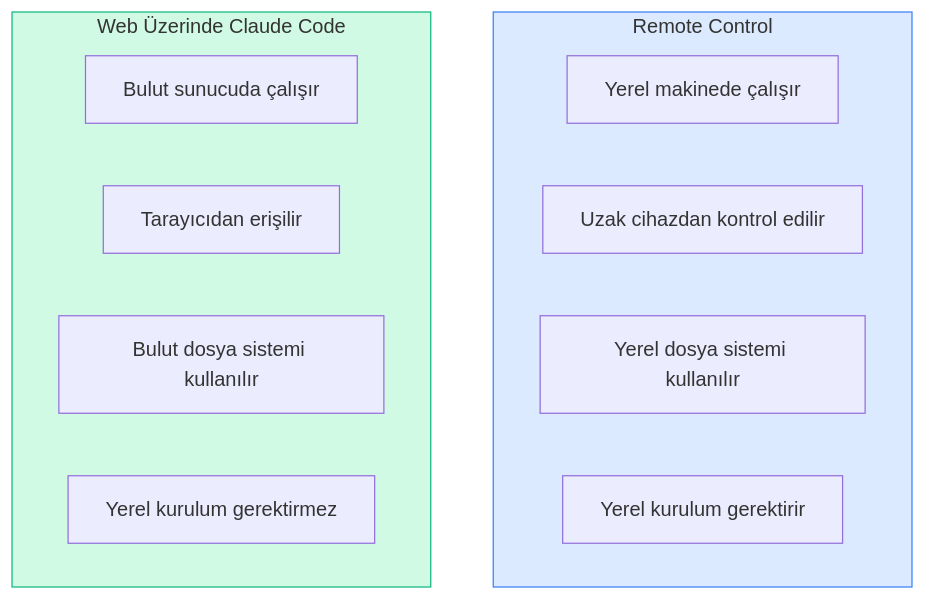
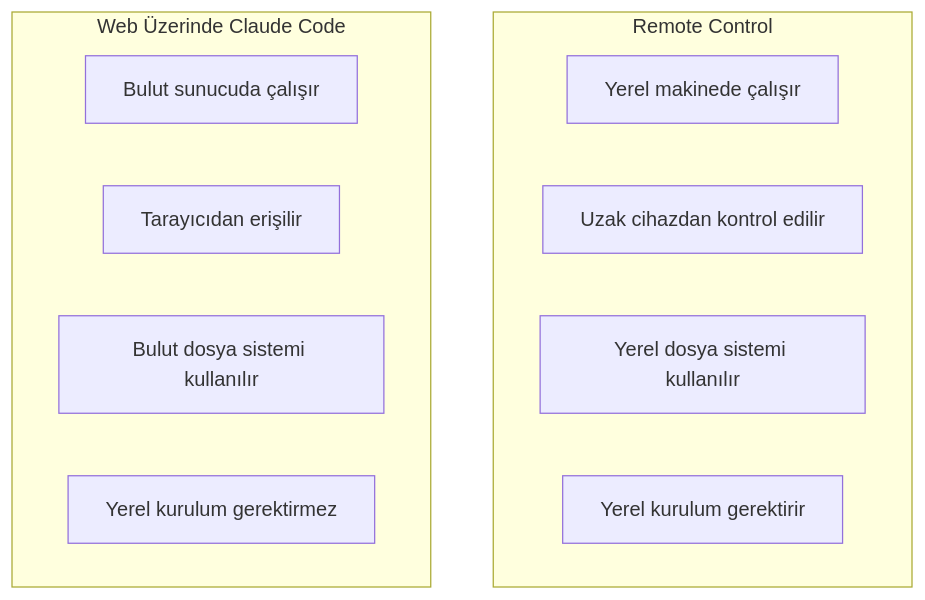
One commit to IzzetYasinAtes/ClaudeCodeHandbook changed the first of 7 diagrams in 15-entegrasyonlar/08-web-uzerinde-claude-code.md. Above: the diagram before and after it, drawn with Mermaid. The commit also changed other lines of this file and 97 other files, not shown here.

Commit message:
Remove all custom Mermaid style/fill colors from 98 markdown files for consistent dark theme rendering

````diff
--- a/15-entegrasyonlar/08-web-uzerinde-claude-code.md
+++ b/15-entegrasyonlar/08-web-uzerinde-claude-code.md
@@ -19,19 +19,17 @@
 ```mermaid
 flowchart TB
     subgraph rc ["Remote Control"]
         RC1["Yerel makinede çalışır"]
         RC2["Uzak cihazdan kontrol edilir"]
         RC3["Yerel dosya sistemi kullanılır"]
         RC4["Yerel kurulum gerektirir"]
     end
 
     subgraph web ["Web Üzerinde Claude Code"]
         WC1["Bulut sunucuda çalışır"]
         WC2["Tarayıcıdan erişilir"]
         WC3["Bulut dosya sistemi kullanılır"]
         WC4["Yerel kurulum gerektirmez"]
     end
 
-    style rc fill:#DBEAFE,stroke:#3B82F6
-    style web fill:#D1FAE5,stroke:#10B981
 ```
````
